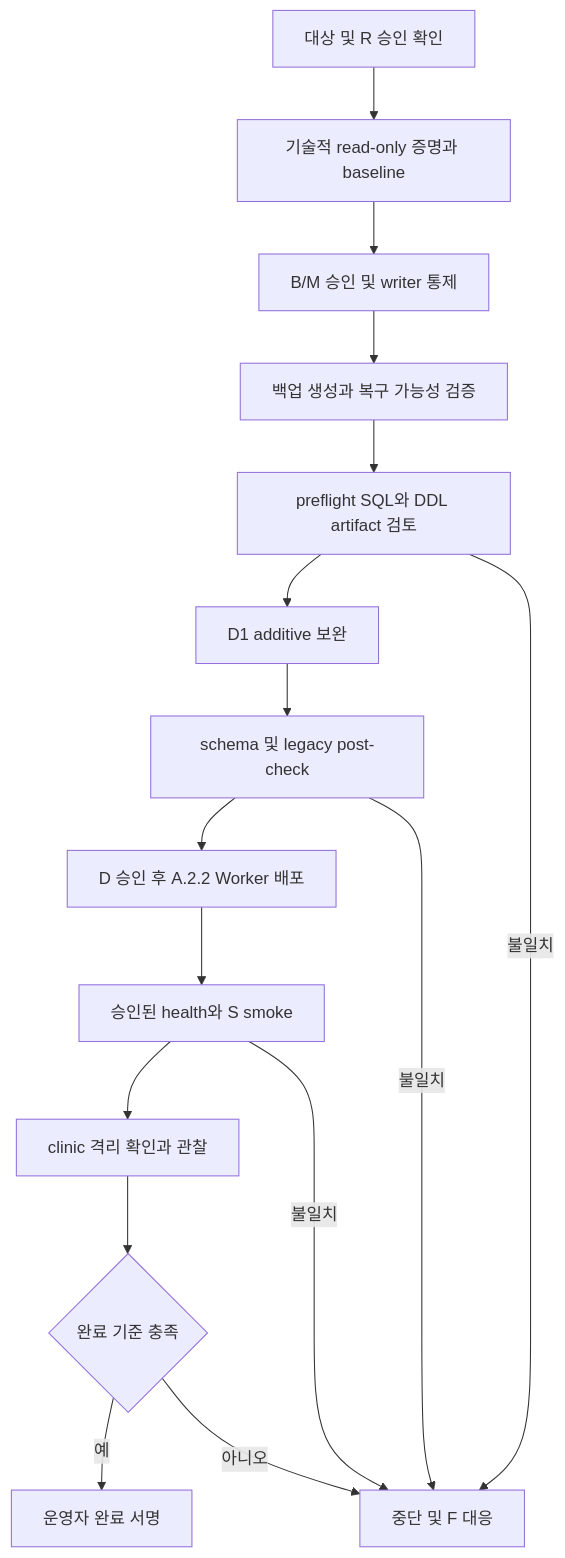
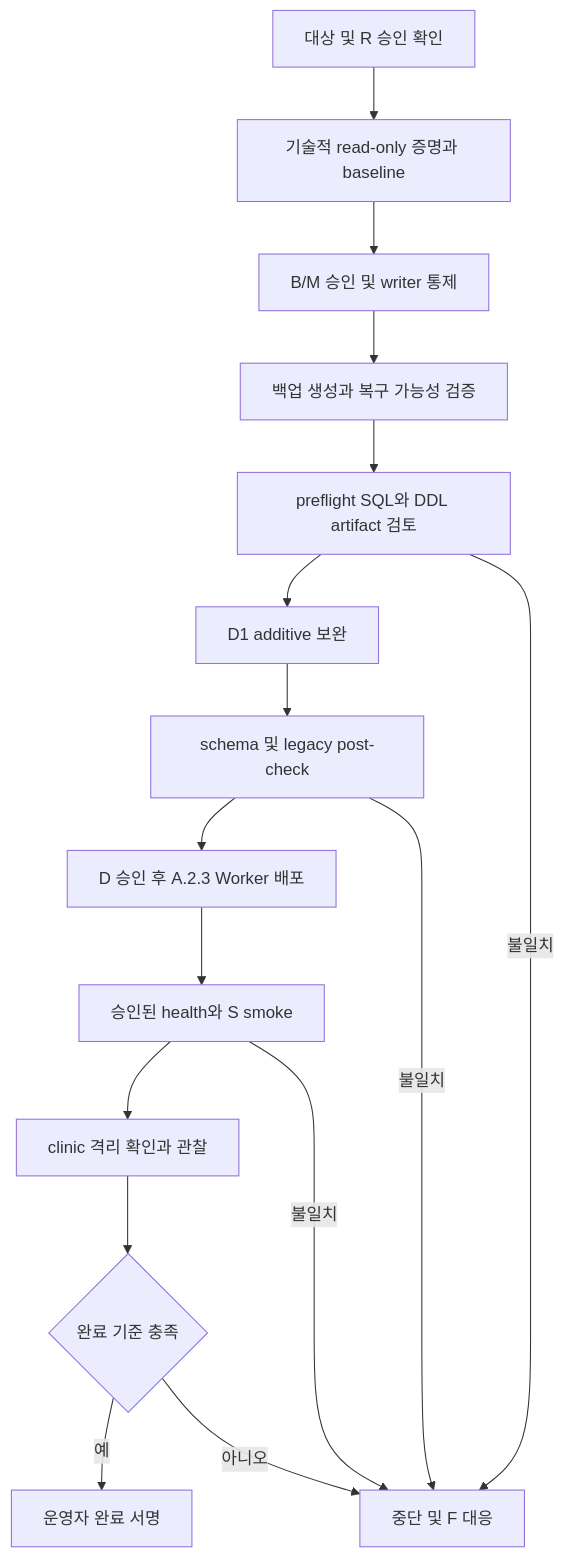
One commit to carestepclinic/carestepclinic.github.io changed the diagram in docs/worker-a2-1-production-runbook.md. Above: the diagram before and after it, drawn with Mermaid. The commit also changed other lines of this file and 14 other files, not shown here.

````diff
--- a/docs/worker-a2-1-production-runbook.md
+++ b/docs/worker-a2-1-production-runbook.md
@@ -300,18 +320,18 @@
 ```mermaid
 flowchart TD
   A[대상 및 R 승인 확인] --> B[기술적 read-only 증명과 baseline]
   B --> C[B/M 승인 및 writer 통제]
   C --> D[백업 생성과 복구 가능성 검증]
   D --> E[preflight SQL와 DDL artifact 검토]
   E --> F[D1 additive 보완]
   F --> G[schema 및 legacy post-check]
-  G --> H[D 승인 후 A.2.2 Worker 배포]
+  G --> H[D 승인 후 A.2.3 Worker 배포]
   H --> I[승인된 health와 S smoke]
   I --> J[clinic 격리 확인과 관찰]
   J --> K{완료 기준 충족}
   K -->|예| L[운영자 완료 서명]
   K -->|아니오| M[중단 및 F 대응]
   E -->|불일치| M
   G -->|불일치| M
   I -->|불일치| M
 ```
````
